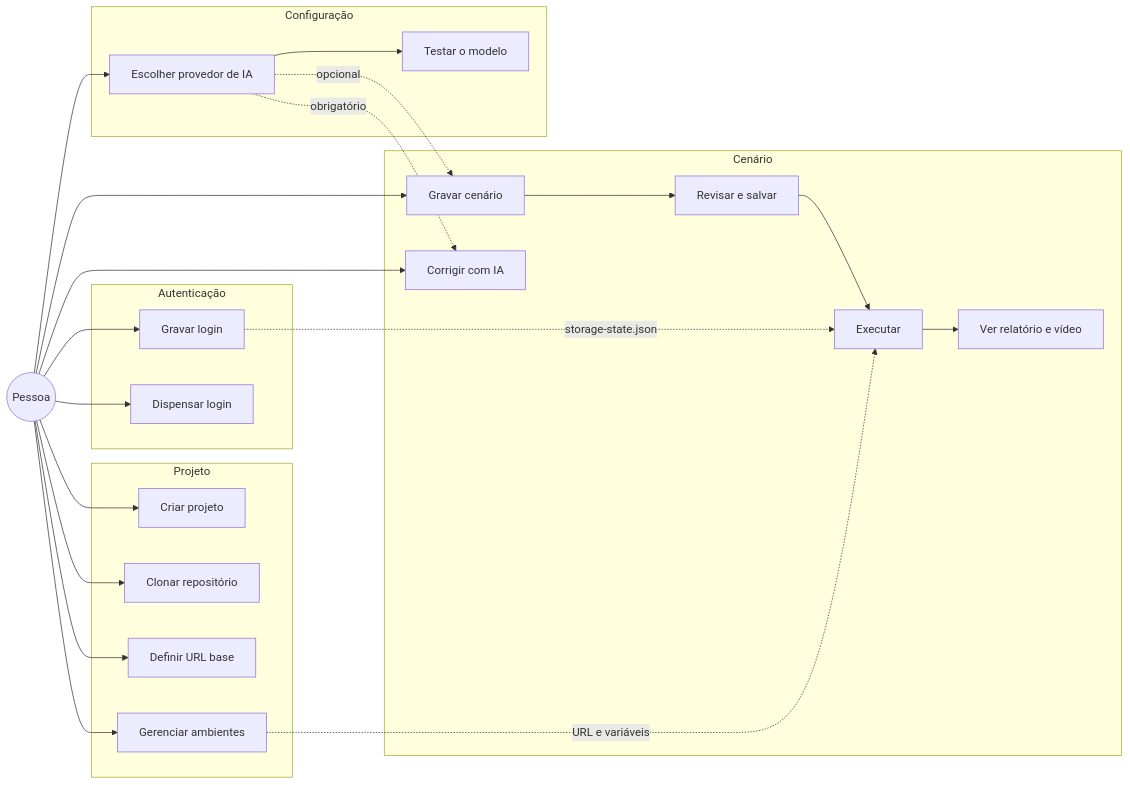
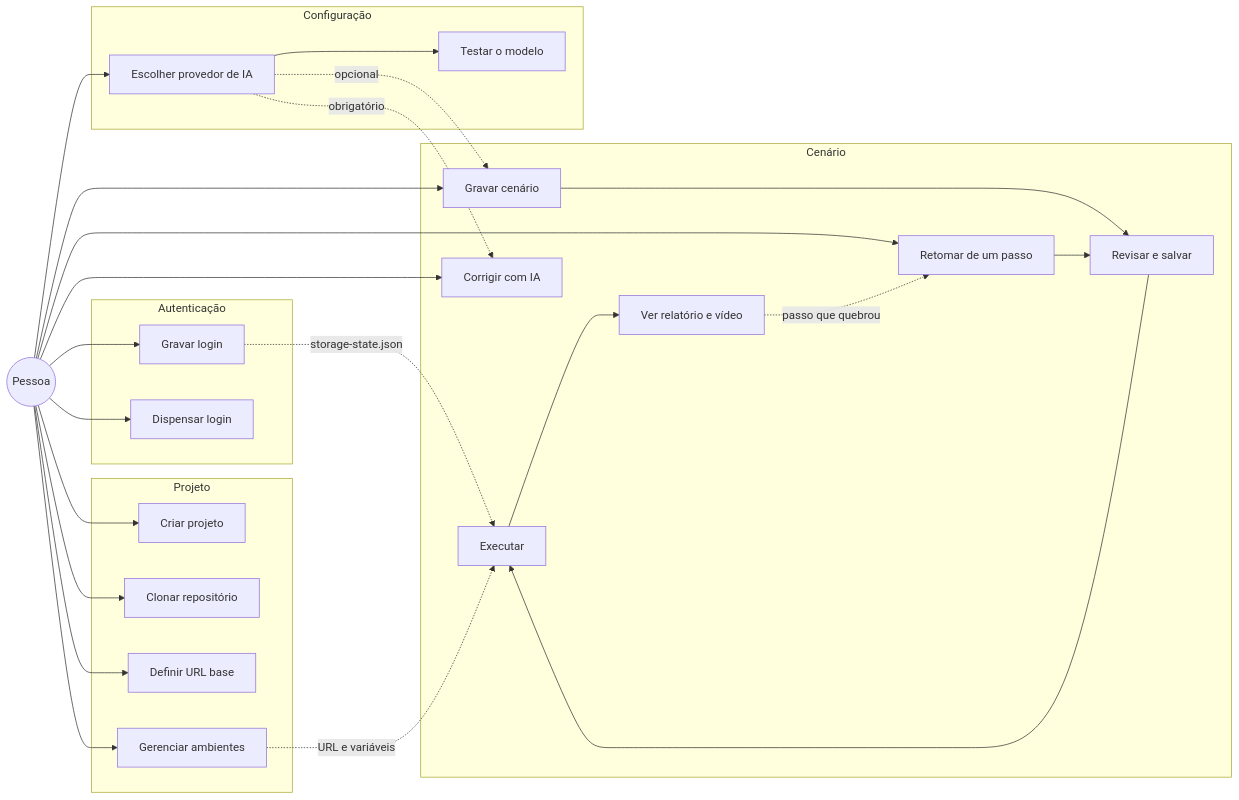
One commit to KauanCalheiro/acutis changed the first of 4 diagrams in docs/USE-CASES.md. Above: the diagram before and after it, drawn with Mermaid. The commit also changed other lines of this file and 118 other files, not shown here.

````diff
--- a/docs/USE-CASES.md
+++ b/docs/USE-CASES.md
@@ -7,40 +7,43 @@
 ```mermaid
 flowchart LR
   P(("Pessoa"))
 
   subgraph Projeto
     C["Criar projeto"]
     K["Clonar repositório"]
     U["Definir URL base"]
     E["Gerenciar ambientes"]
   end
 
   subgraph Autenticação
     A["Gravar login"]
     S["Dispensar login"]
   end
 
   subgraph Cenário
     G["Gravar cenário"]
     W["Revisar e salvar"]
     R["Executar"]
     H["Ver relatório e vídeo"]
     F["Corrigir com IA"]
+    Y["Retomar de um passo"]
   end
 
   subgraph Configuração
     I["Escolher provedor de IA"]
     T["Testar o modelo"]
   end
 
   P --> C & K & U & E
   P --> A & S
   P --> G --> W --> R --> H
   P --> F
   P --> I --> T
+  P --> Y --> W
+  H -.->|passo que quebrou| Y
 
   A -.->|storage-state.json| R
   E -.->|URL e variáveis| R
   I -.->|opcional| G
   I -.->|obrigatório| F
 ```
````
